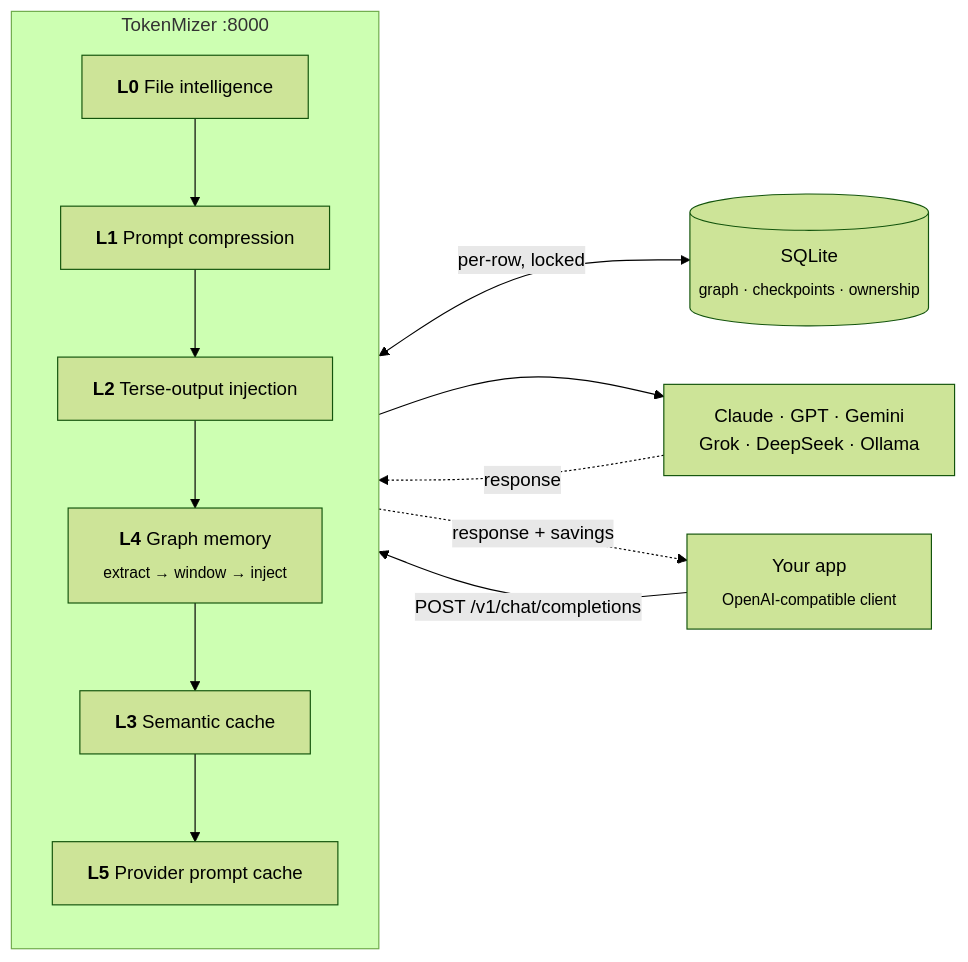
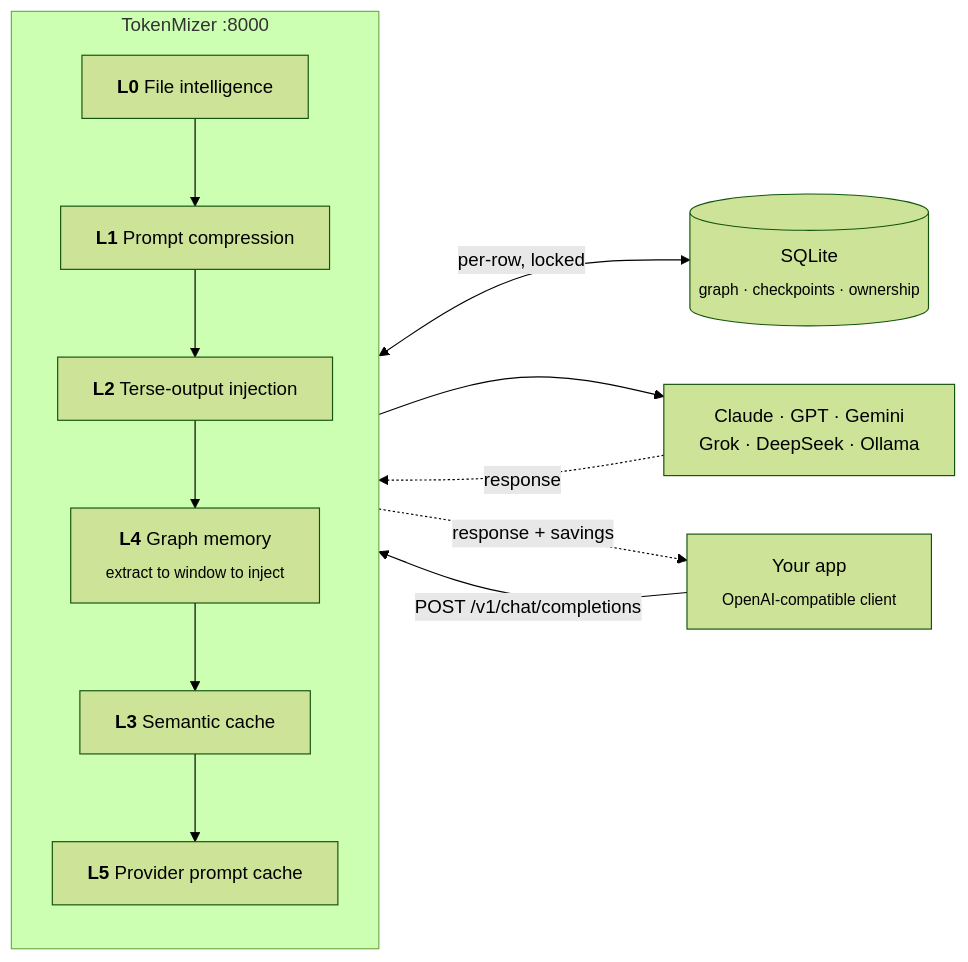
Before and after one commit to Shweta-Mishra-ai/tokenmizer: the diagram in README.md, drawn with Mermaid (forest theme). The commit also changed other lines of this file and 94 other files, not shown here.

First line of the commit message:
Architecture review: memory bounds, load handling, graph layout, and the roadmap sweep

````diff
--- a/README.md
+++ b/README.md
@@ -64,22 +189,22 @@
 ```mermaid
 flowchart LR
     App["Your app<br/><sub>OpenAI-compatible client</sub>"]
     subgraph TM["TokenMizer :8000"]
         direction TB
         L0["<b>L0</b> File intelligence"]
         L1["<b>L1</b> Prompt compression"]
         L2["<b>L2</b> Terse-output injection"]
-        L4["<b>L4</b> Graph memory<br/><sub>extract → window → inject</sub>"]
+        L4["<b>L4</b> Graph memory<br/><sub>extract to window to inject</sub>"]
         L3["<b>L3</b> Semantic cache"]
         L5["<b>L5</b> Provider prompt cache"]
         L0 --> L1 --> L2 --> L4 --> L3 --> L5
     end
     LLM["Claude · GPT · Gemini<br/>Grok · DeepSeek · Ollama"]
     DB[("SQLite<br/><sub>graph · checkpoints · ownership</sub>")]
 
     App -->|"POST /v1/chat/completions"| TM
     TM --> LLM
     LLM -.->|response| TM
     TM -.->|"response + savings"| App
     L4 <-->|"per-row, locked"| DB
 ```
````
